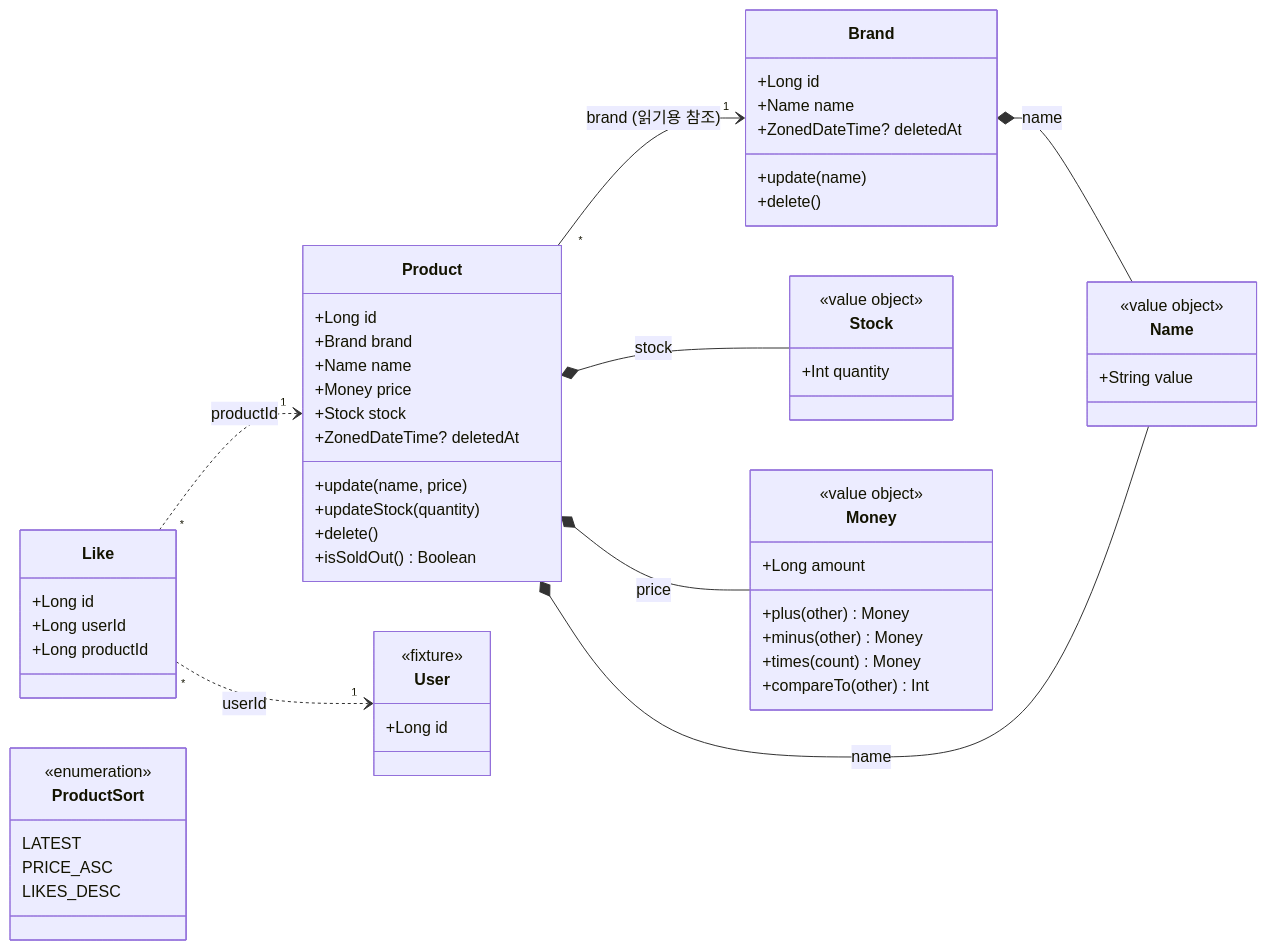
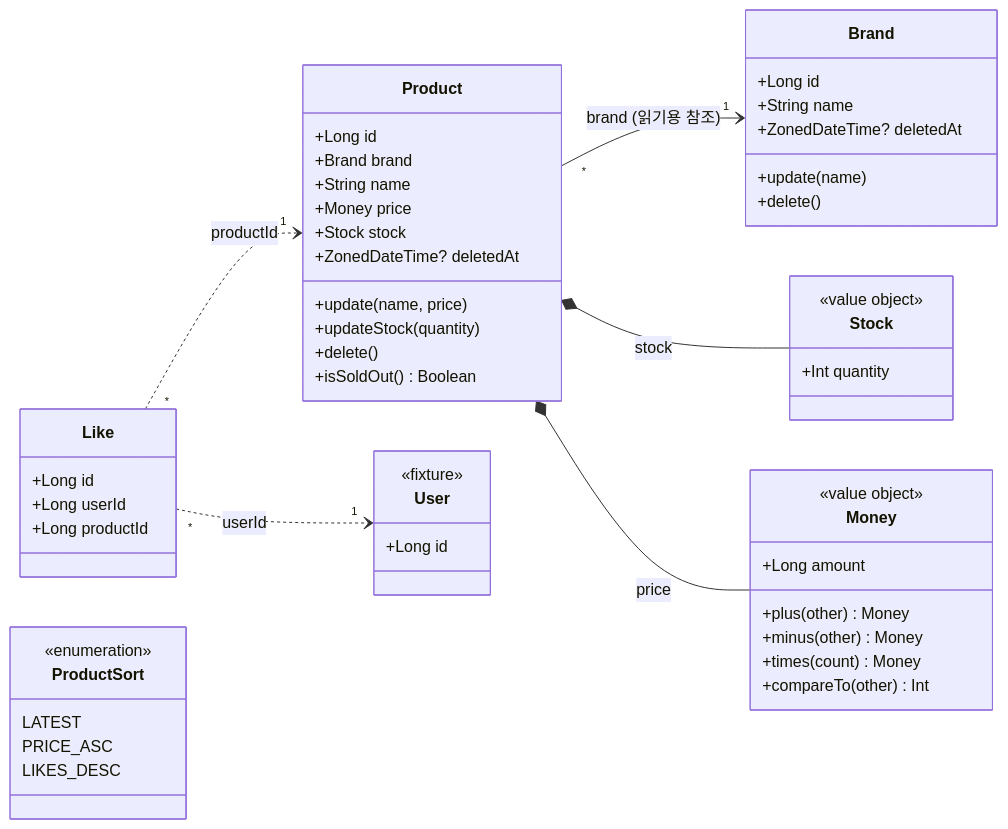
The second of 3 diagrams in docs/design/catalog.md (giwankim/loop-pack-be-l2-vol5-kotlin), drawn with Mermaid before and after one commit. The commit also changed other lines of this file and 1 other file, not shown here.

First line of the commit message:
docs(catalog): record the Name value object's removal and the primitive-wrapping criterion (5.19)

````diff
--- a/docs/design/catalog.md
+++ b/docs/design/catalog.md
@@ -55,70 +55,63 @@
 ```mermaid
 classDiagram
     direction LR
 
     class Brand {
         +Long id
-        +Name name
+        +String name
         +ZonedDateTime? deletedAt
         +update(name)
         +delete()
     }
 
     class Product {
         +Long id
         +Brand brand
-        +Name name
+        +String name
         +Money price
         +Stock stock
         +ZonedDateTime? deletedAt
         +update(name, price)
         +updateStock(quantity)
         +delete()
         +isSoldOut() Boolean
-    }
-
-    class Name {
-        <<value object>>
-        +String value
     }
 
     class Stock {
         <<value object>>
         +Int quantity
     }
 
     class Money {
         <<value object>>
         +Long amount
         +plus(other) Money
         +minus(other) Money
         +times(count) Money
         +compareTo(other) Int
     }
 
     class Like {
         +Long id
         +Long userId
         +Long productId
     }
 
     class User {
         <<fixture>>
         +Long id
     }
 
     class ProductSort {
         <<enumeration>>
         LATEST
         PRICE_ASC
         LIKES_DESC
     }
 
     Product "*" --> "1" Brand : brand (읽기용 참조)
-    Brand *-- Name : name
-    Product *-- Name : name
     Product *-- Stock : stock
     Product *-- Money : price
     Like "*" ..> "1" Product : productId
     Like "*" ..> "1" User : userId
 ```
````
